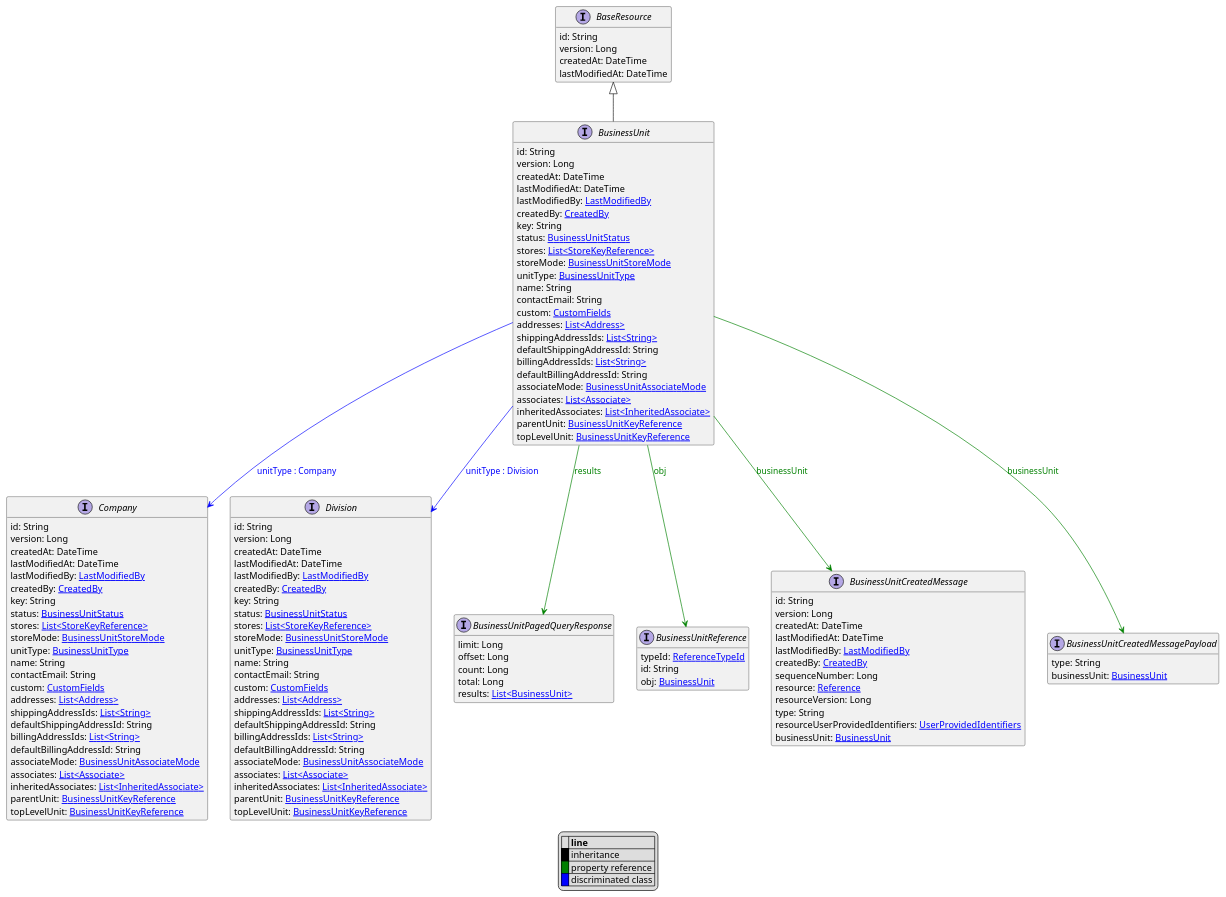
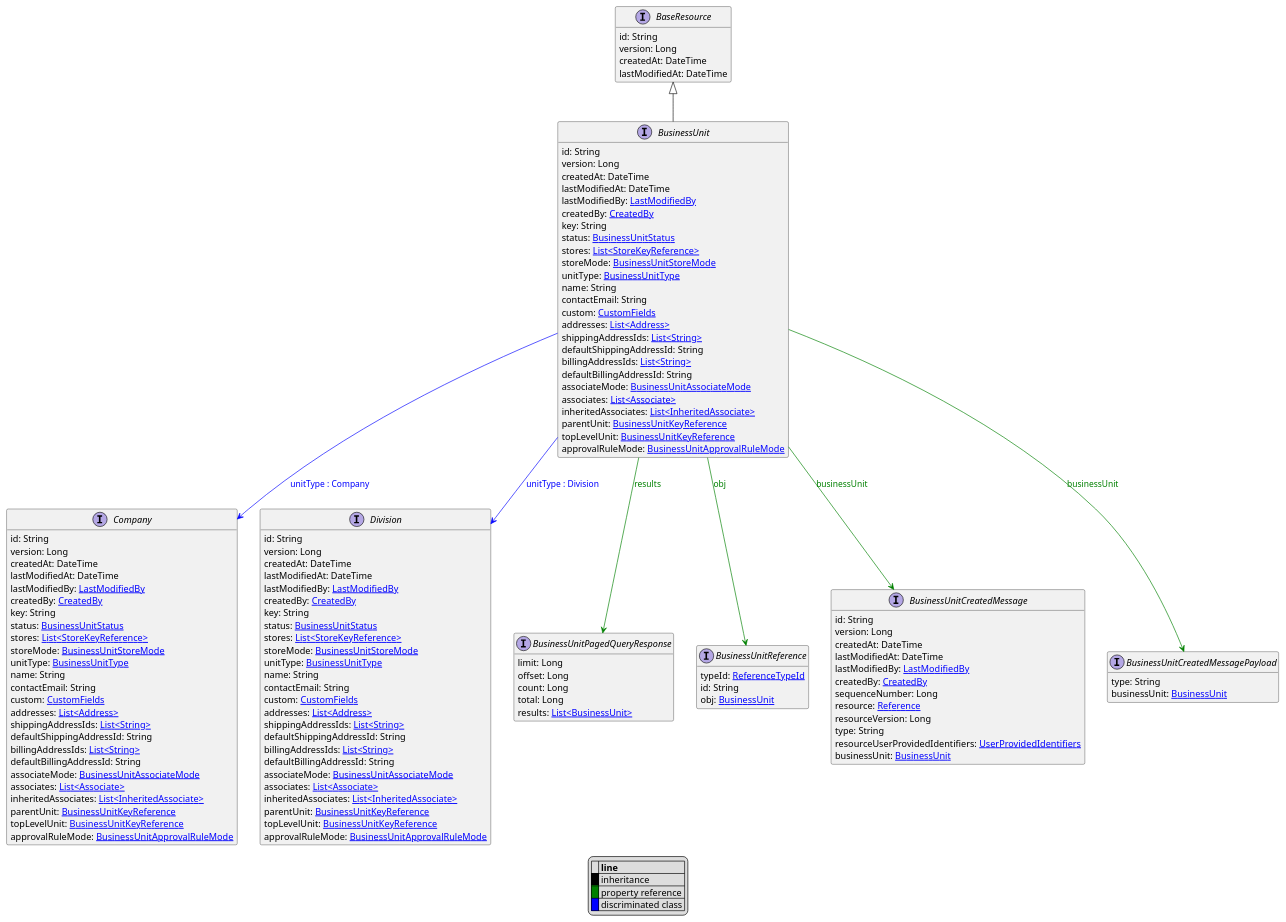
The diagram in uml/api/BusinessUnit.puml (commercetools/commercetools-api-reference), drawn with PlantUML before and after one commit. The commit also changed 125 other files, not shown here.

```diff
--- a/uml/api/BusinessUnit.puml
+++ b/uml/api/BusinessUnit.puml
@@ -1,132 +1,135 @@
 @startuml
 
 hide empty fields
 hide empty methods
 legend
 |= |= line |
 |<back:black>   </back>| inheritance |
 |<back:green>   </back>| property reference |
 |<back:blue>   </back>| discriminated class |
 endlegend
 interface BusinessUnit [[BusinessUnit.svg]] extends BaseResource {
     id: String
     version: Long
     createdAt: DateTime
     lastModifiedAt: DateTime
     lastModifiedBy: [[LastModifiedBy.svg LastModifiedBy]]
     createdBy: [[CreatedBy.svg CreatedBy]]
     key: String
     status: [[BusinessUnitStatus.svg BusinessUnitStatus]]
     stores: [[StoreKeyReference.svg List<StoreKeyReference>]]
     storeMode: [[BusinessUnitStoreMode.svg BusinessUnitStoreMode]]
     unitType: [[BusinessUnitType.svg BusinessUnitType]]
     name: String
     contactEmail: String
     custom: [[CustomFields.svg CustomFields]]
     addresses: [[Address.svg List<Address>]]
     shippingAddressIds: [[String.svg List<String>]]
     defaultShippingAddressId: String
     billingAddressIds: [[String.svg List<String>]]
     defaultBillingAddressId: String
     associateMode: [[BusinessUnitAssociateMode.svg BusinessUnitAssociateMode]]
     associates: [[Associate.svg List<Associate>]]
     inheritedAssociates: [[InheritedAssociate.svg List<InheritedAssociate>]]
     parentUnit: [[BusinessUnitKeyReference.svg BusinessUnitKeyReference]]
     topLevelUnit: [[BusinessUnitKeyReference.svg BusinessUnitKeyReference]]
+    approvalRuleMode: [[BusinessUnitApprovalRuleMode.svg BusinessUnitApprovalRuleMode]]
 }
 interface BaseResource [[BaseResource.svg]]  {
     id: String
     version: Long
     createdAt: DateTime
     lastModifiedAt: DateTime
 }
 
 interface Company [[Company.svg]]  {
     id: String
     version: Long
     createdAt: DateTime
     lastModifiedAt: DateTime
     lastModifiedBy: [[LastModifiedBy.svg LastModifiedBy]]
     createdBy: [[CreatedBy.svg CreatedBy]]
     key: String
     status: [[BusinessUnitStatus.svg BusinessUnitStatus]]
     stores: [[StoreKeyReference.svg List<StoreKeyReference>]]
     storeMode: [[BusinessUnitStoreMode.svg BusinessUnitStoreMode]]
     unitType: [[BusinessUnitType.svg BusinessUnitType]]
     name: String
     contactEmail: String
     custom: [[CustomFields.svg CustomFields]]
     addresses: [[Address.svg List<Address>]]
     shippingAddressIds: [[String.svg List<String>]]
     defaultShippingAddressId: String
     billingAddressIds: [[String.svg List<String>]]
     defaultBillingAddressId: String
     associateMode: [[BusinessUnitAssociateMode.svg BusinessUnitAssociateMode]]
     associates: [[Associate.svg List<Associate>]]
     inheritedAssociates: [[InheritedAssociate.svg List<InheritedAssociate>]]
     parentUnit: [[BusinessUnitKeyReference.svg BusinessUnitKeyReference]]
     topLevelUnit: [[BusinessUnitKeyReference.svg BusinessUnitKeyReference]]
+    approvalRuleMode: [[BusinessUnitApprovalRuleMode.svg BusinessUnitApprovalRuleMode]]
 }
 interface Division [[Division.svg]]  {
     id: String
     version: Long
     createdAt: DateTime
     lastModifiedAt: DateTime
     lastModifiedBy: [[LastModifiedBy.svg LastModifiedBy]]
     createdBy: [[CreatedBy.svg CreatedBy]]
     key: String
     status: [[BusinessUnitStatus.svg BusinessUnitStatus]]
     stores: [[StoreKeyReference.svg List<StoreKeyReference>]]
     storeMode: [[BusinessUnitStoreMode.svg BusinessUnitStoreMode]]
     unitType: [[BusinessUnitType.svg BusinessUnitType]]
     name: String
     contactEmail: String
     custom: [[CustomFields.svg CustomFields]]
     addresses: [[Address.svg List<Address>]]
     shippingAddressIds: [[String.svg List<String>]]
     defaultShippingAddressId: String
     billingAddressIds: [[String.svg List<String>]]
     defaultBillingAddressId: String
     associateMode: [[BusinessUnitAssociateMode.svg BusinessUnitAssociateMode]]
     associates: [[Associate.svg List<Associate>]]
     inheritedAssociates: [[InheritedAssociate.svg List<InheritedAssociate>]]
     parentUnit: [[BusinessUnitKeyReference.svg BusinessUnitKeyReference]]
     topLevelUnit: [[BusinessUnitKeyReference.svg BusinessUnitKeyReference]]
+    approvalRuleMode: [[BusinessUnitApprovalRuleMode.svg BusinessUnitApprovalRuleMode]]
 }
 interface BusinessUnitPagedQueryResponse [[BusinessUnitPagedQueryResponse.svg]]  {
     limit: Long
     offset: Long
     count: Long
     total: Long
     results: [[BusinessUnit.svg List<BusinessUnit>]]
 }
 interface BusinessUnitReference [[BusinessUnitReference.svg]]  {
     typeId: [[ReferenceTypeId.svg ReferenceTypeId]]
     id: String
     obj: [[BusinessUnit.svg BusinessUnit]]
 }
 interface BusinessUnitCreatedMessage [[BusinessUnitCreatedMessage.svg]]  {
     id: String
     version: Long
     createdAt: DateTime
     lastModifiedAt: DateTime
     lastModifiedBy: [[LastModifiedBy.svg LastModifiedBy]]
     createdBy: [[CreatedBy.svg CreatedBy]]
     sequenceNumber: Long
     resource: [[Reference.svg Reference]]
     resourceVersion: Long
     type: String
     resourceUserProvidedIdentifiers: [[UserProvidedIdentifiers.svg UserProvidedIdentifiers]]
     businessUnit: [[BusinessUnit.svg BusinessUnit]]
 }
 interface BusinessUnitCreatedMessagePayload [[BusinessUnitCreatedMessagePayload.svg]]  {
     type: String
     businessUnit: [[BusinessUnit.svg BusinessUnit]]
 }
 BusinessUnit --> Company #blue;text:blue : "unitType : Company"
 BusinessUnit --> Division #blue;text:blue : "unitType : Division"
 BusinessUnit --> BusinessUnitPagedQueryResponse #green;text:green : "results"
 BusinessUnit --> BusinessUnitReference #green;text:green : "obj"
 BusinessUnit --> BusinessUnitCreatedMessage #green;text:green : "businessUnit"
 BusinessUnit --> BusinessUnitCreatedMessagePayload #green;text:green : "businessUnit"
 @enduml
```
